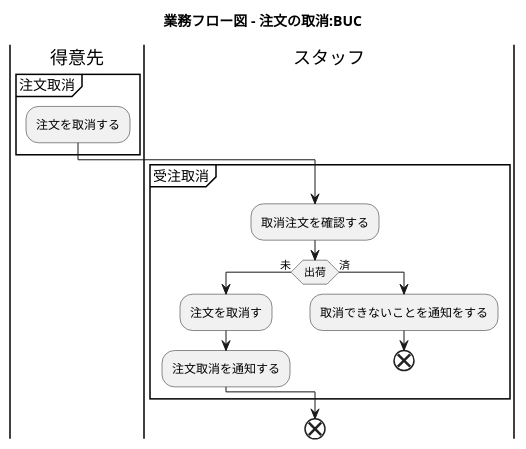
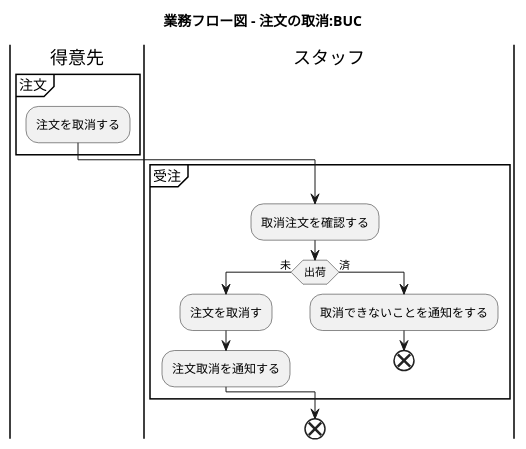
Diagram 11 of 49 in docs/index.adoc (k2works/application_programing_excercise_2022), drawn with PlantUML before and after one commit. The commit also changed other lines of this file, not shown here.

```diff
--- a/docs/index.adoc
+++ b/docs/index.adoc
@@ -425,27 +427,27 @@
 [plantuml]
 ----
 @startuml
 
 title 業務フロー図 - 注文の取消:BUC
 
 |得意先|
-partition 注文取消 {
+partition 注文 {
 :注文を取消する;
 }
-partition 受注取消 {
+partition 受注 {
     |スタッフ|
     :取消注文を確認する;
     if (出荷) then (未)
      |スタッフ|
      :注文を取消す;
      :注文取消を通知する;
     else (済)
      |スタッフ|
      :取消できないことを通知をする;
      end
     endif
 }
 end
 
 @enduml
 ----
```
